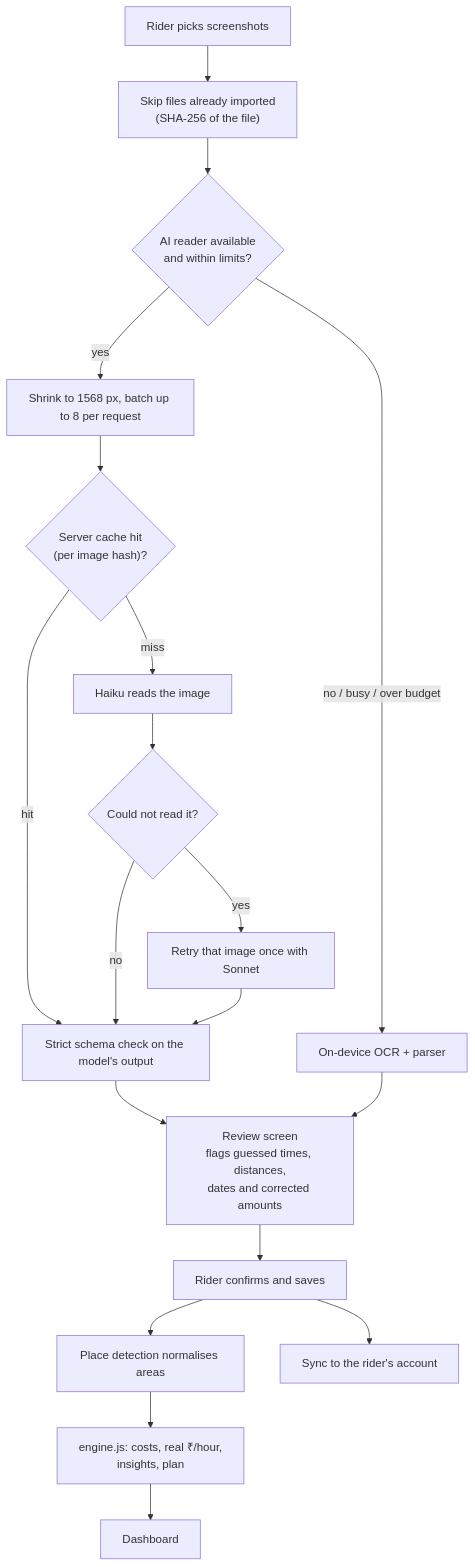
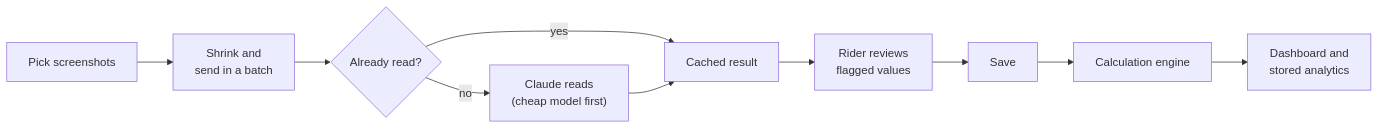
Before and after one commit to Pegasus717/TrueWage: the second of 4 diagrams in README.md, drawn with Mermaid. The commit also changed other lines of this file and 12 other files, not shown here.

Commit message:
README rewrite (concise, diagrams), real app screenshots, demo links for screenshots

````diff
--- a/README.md
+++ b/README.md
@@ -105,21 +69,12 @@
 ```mermaid
-flowchart TD
-    A["Rider picks screenshots"] --> B["Skip files already imported<br/>(SHA-256 of the file)"]
-    B --> C{"AI reader available<br/>and within limits?"}
-    C -- yes --> D["Shrink to 1568 px, batch up to 8 per request"]
-    D --> E{"Server cache hit<br/>(per image hash)?"}
-    E -- hit --> H
-    E -- miss --> F["Haiku reads the image"]
-    F --> G{"Could not read it?"}
-    G -- yes --> G2["Retry that image once with Sonnet"]
-    G -- no --> H
-    G2 --> H["Strict schema check on the model's output"]
-    C -- "no / busy / over budget" --> O["On-device OCR + parser"]
-    H --> R["Review screen<br/>flags guessed times, distances,<br/>dates and corrected amounts"]
-    O --> R
-    R --> S["Rider confirms and saves"]
-    S --> N["Place detection normalises areas"]
-    N --> X["engine.js: costs, real ₹/hour,<br/>insights, plan"]
-    X --> Y["Dashboard"]
-    S --> SYNC["Sync to the rider's account"]
+flowchart LR
+    A["Pick screenshots"] --> B["Shrink and<br/>send in a batch"]
+    B --> C{"Already read?"}
+    C -->|yes| E["Cached result"]
+    C -->|no| D["Claude reads<br/>(cheap model first)"]
+    D --> E
+    E --> F["Rider reviews<br/>flagged values"]
+    F --> G["Save"]
+    G --> H["Calculation engine"]
+    H --> I["Dashboard and<br/>stored analytics"]
 ```
````
